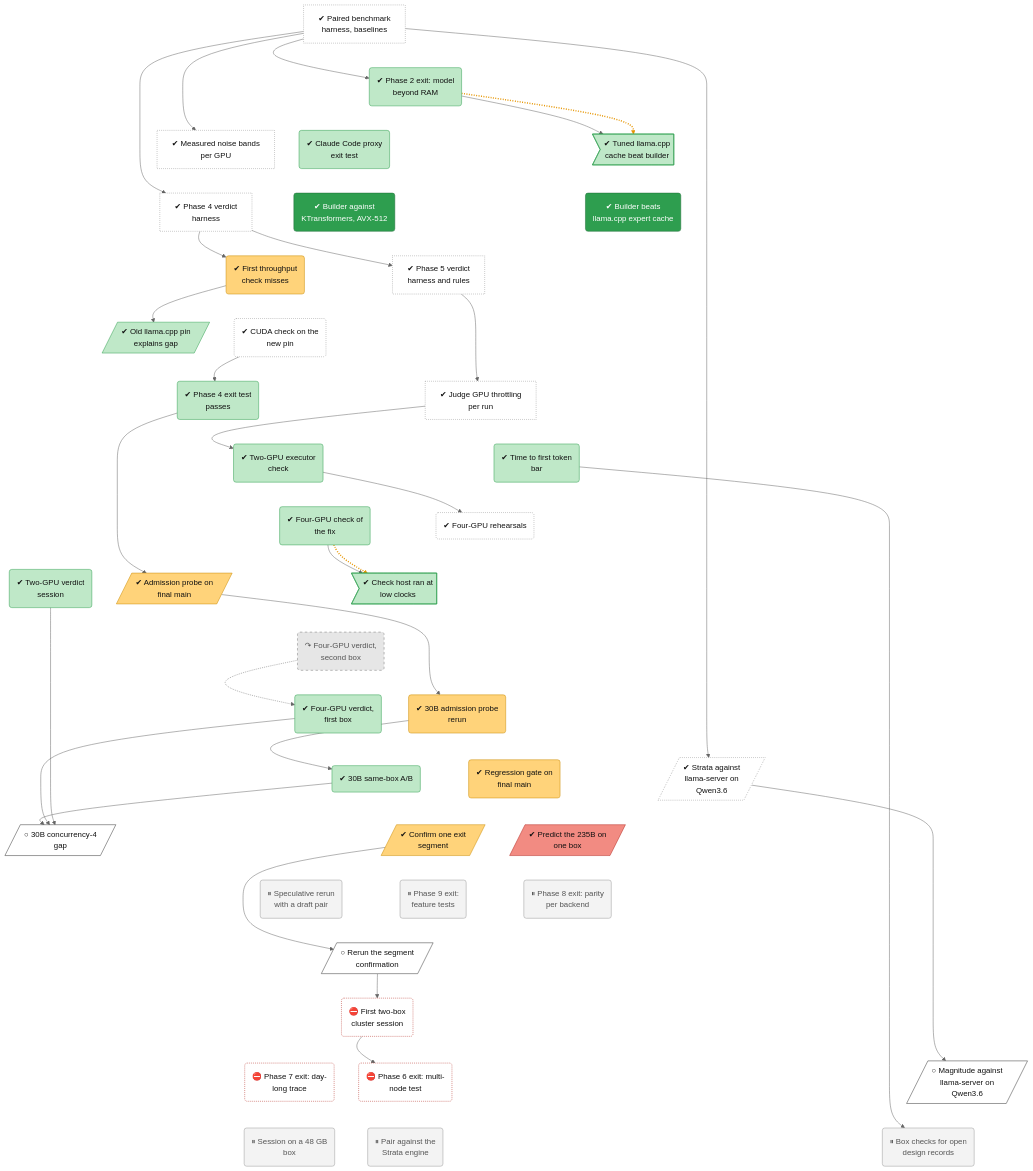
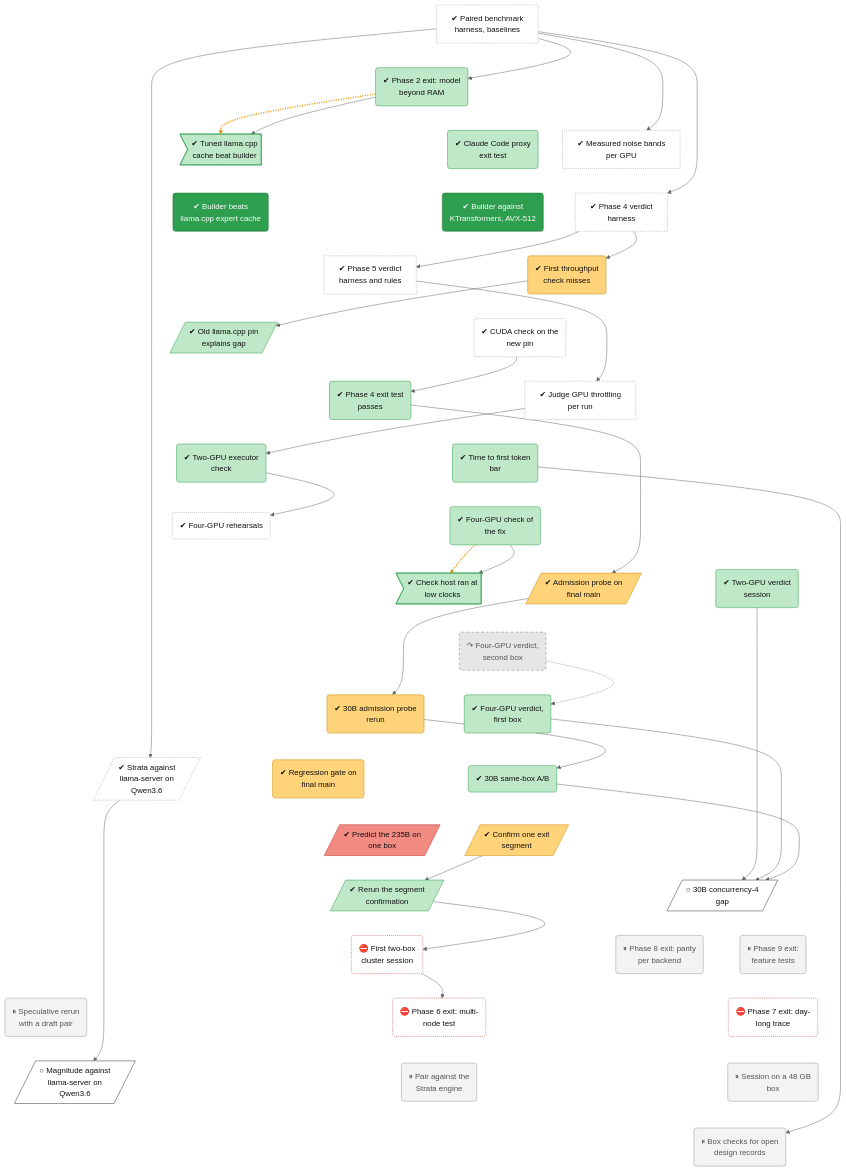
The diagram in docs/roadmap/tracks/bench.md (lhns/tetraeder), drawn with Mermaid (neutral theme) before and after one commit. The commit also changed other lines of this file and 40 other files, not shown here.

Commit message:
Phase 6, ADR 0092 confirmation rerun: segment-confirm-20261125b passes (e_pp -0.016, e_tg -0.019 on three clean rounds, gate held, A/A +0.007 and -0.002, fit band 0.050); tree node bench-235b-segment-confirm-2 done (not measured as a ratio)

````diff
--- a/docs/roadmap/tracks/bench.md
+++ b/docs/roadmap/tracks/bench.md
@@ -38,12 +38,12 @@
     bench_regression_gate("✔ Regression gate on<br/>final main")
     bench_235b_stream_predict[/"✔ Predict the 235B on<br/>one box"/]
     bench_235b_segment_confirm[/"✔ Confirm one exit<br/>segment"/]
+    bench_235b_segment_confirm_2[/"✔ Rerun the segment<br/>confirmation"/]
     bench_30b_c4_gap[/"○ 30B concurrency-4<br/>gap"/]
+    bench_phase6_rehearsal("⛔ First two-box<br/>cluster session")
     bench_phase8_exit("⏸ Phase 8 exit: parity<br/>per backend")
     bench_phase9_exit("⏸ Phase 9 exit:<br/>feature tests")
     bench_spec_rerun("⏸ Speculative rerun<br/>with a draft pair")
-    bench_235b_segment_confirm_2[/"○ Rerun the segment<br/>confirmation"/]
-    bench_phase6_rehearsal("⛔ First two-box<br/>cluster session")
     bench_phase6_exit("⛔ Phase 6 exit: multi-<br/>node test")
     bench_phase7_exit("⛔ Phase 7 exit: day-<br/>long trace")
     bench_magnitude_q36[/"○ Magnitude against<br/>llama-server on<br/>Qwen3.6"/]
@@ -81,20 +81,21 @@
     bench_d2a_30b ~~~ bench_regression_gate
     bench_ab30b ~~~ bench_235b_stream_predict
     bench_strata_q36 ~~~ bench_235b_segment_confirm
-    bench_regression_gate ~~~ bench_30b_c4_gap
-    bench_235b_stream_predict ~~~ bench_phase8_exit
-    bench_235b_segment_confirm ~~~ bench_phase9_exit
-    bench_30b_c4_gap ~~~ bench_spec_rerun
-    bench_phase8_exit ~~~ bench_235b_segment_confirm_2
-    bench_phase9_exit ~~~ bench_235b_segment_confirm_2
-    bench_spec_rerun ~~~ bench_235b_segment_confirm_2
+    bench_regression_gate ~~~ bench_235b_segment_confirm
+    bench_235b_stream_predict ~~~ bench_235b_segment_confirm_2
+    bench_235b_segment_confirm ~~~ bench_30b_c4_gap
     bench_235b_segment_confirm_2 ~~~ bench_phase6_rehearsal
-    bench_phase6_rehearsal ~~~ bench_phase6_exit
-    bench_phase6_rehearsal ~~~ bench_phase7_exit
-    bench_phase6_rehearsal ~~~ bench_magnitude_q36
+    bench_30b_c4_gap ~~~ bench_phase8_exit
+    bench_30b_c4_gap ~~~ bench_phase9_exit
+    bench_phase6_rehearsal ~~~ bench_spec_rerun
+    bench_phase8_exit ~~~ bench_phase6_exit
+    bench_phase9_exit ~~~ bench_phase7_exit
+    bench_spec_rerun ~~~ bench_magnitude_q36
     bench_phase6_exit ~~~ bench_strata_pairing
     bench_phase7_exit ~~~ bench_d1_session
     bench_magnitude_q36 ~~~ bench_open_records
+    bench_strata_pairing ~~~ bench_open_records
+    bench_d1_session ~~~ bench_open_records
     bench_harness --> bench_phase2_exit
     bench_phase2_exit -.-> bench_defect_tuned_cache
     bench_phase2_exit --> bench_defect_tuned_cache
@@ -114,15 +115,15 @@
     bench_d2a_probe --> bench_d2a_30b
     bench_d2a_30b --> bench_ab30b
     bench_harness --> bench_strata_q36
+    bench_235b_segment_confirm --> bench_235b_segment_confirm_2
     bench_v2_verdict --> bench_30b_c4_gap
     bench_v4a_verdict --> bench_30b_c4_gap
     bench_ab30b --> bench_30b_c4_gap
-    bench_235b_segment_confirm --> bench_235b_segment_confirm_2
     bench_235b_segment_confirm_2 --> bench_phase6_rehearsal
     bench_phase6_rehearsal --> bench_phase6_exit
     bench_strata_q36 --> bench_magnitude_q36
     bench_ttft --> bench_open_records
-    linkStyle 46,57 stroke:#e69500,stroke-width:3px,stroke-dasharray:2 3
+    linkStyle 47,58 stroke:#e69500,stroke-width:3px,stroke-dasharray:2 3
     classDef vsucc fill:#2e9e4f,stroke:#1b6b34,color:#fff
     classDef succ fill:#bfe8c8,stroke:#2e9e4f,color:#111
     classDef mixed fill:#ffd37a,stroke:#c98a00,color:#111
@@ -138,12 +139,12 @@
     classDef finding fill:#ffe0b2,stroke:#d84315,stroke-width:2px,color:#111
     classDef waiting fill:#e3f2fd,stroke:#1f6fc5,stroke-dasharray:5 5,color:#111
     class bench_harness,bench_noise_bands,bench_phase4_harness,bench_phase5_harness,bench_pin_confirm,bench_throttle_rules,bench_s3_rehearsal,bench_strata_q36 unrated
-    class bench_phase2_exit,bench_defect_tuned_cache,bench_phase3b_proxy,bench_pin_ab,bench_phase4_exit,bench_s2_step0,bench_ttft,bench_s3f2,bench_defect_s3f2_clock,bench_v2_verdict,bench_v4a_verdict,bench_ab30b succ
+    class bench_phase2_exit,bench_defect_tuned_cache,bench_phase3b_proxy,bench_pin_ab,bench_phase4_exit,bench_s2_step0,bench_ttft,bench_s3f2,bench_defect_s3f2_clock,bench_v2_verdict,bench_v4a_verdict,bench_ab30b,bench_235b_segment_confirm_2 succ
     class bench_m1_point1,bench_m1_point3 vsucc
     class bench_d2a_rerun,bench_d2a_probe,bench_d2a_30b,bench_regression_gate,bench_235b_segment_confirm mixed
     class bench_v4b_verdict dead
     class bench_235b_stream_predict bad
-    class bench_30b_c4_gap,bench_235b_segment_confirm_2,bench_magnitude_q36 next
+    class bench_30b_c4_gap,bench_magnitude_q36 next
+    class bench_phase6_rehearsal,bench_phase6_exit,bench_phase7_exit blocked
     class bench_phase8_exit,bench_phase9_exit,bench_spec_rerun,bench_strata_pairing,bench_d1_session,bench_open_records parked
-    class bench_phase6_rehearsal,bench_phase6_exit,bench_phase7_exit blocked
 ```
````
